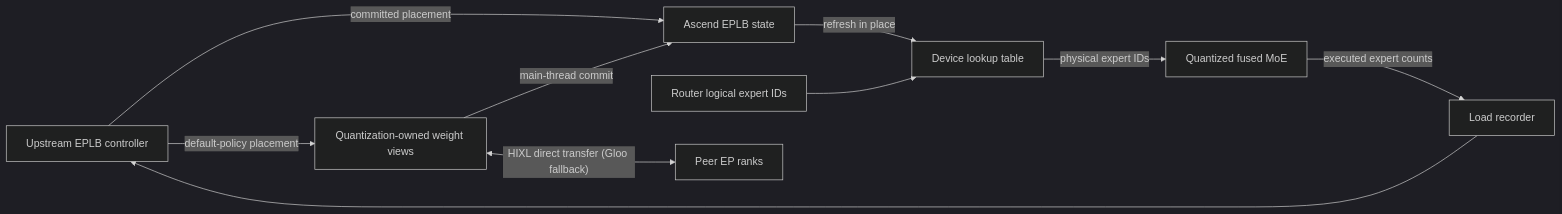
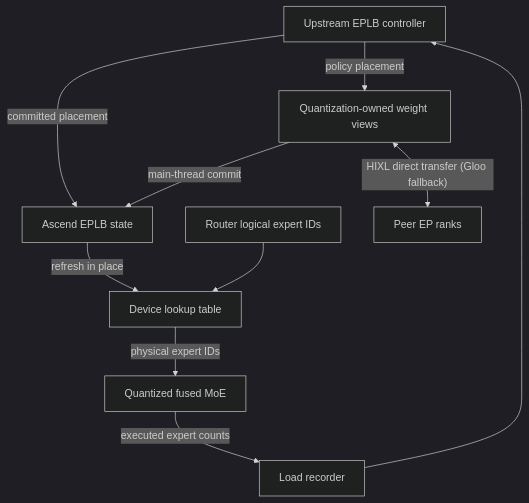
The diagram in docs/source/developer_guide/Design_Documents/model_runner_v2_eplb.md (zzhx1/vllm-ascend), drawn with Mermaid (dark theme) before and after one commit. The commit also changed other lines of this file and 5 other files, not shown here.

````diff
--- a/docs/source/developer_guide/Design_Documents/model_runner_v2_eplb.md
+++ b/docs/source/developer_guide/Design_Documents/model_runner_v2_eplb.md
@@ -32,12 +32,12 @@
 ```mermaid
-flowchart LR
+flowchart TD
     A["Upstream EPLB controller"] -->|"committed placement"| B["Ascend EPLB state"]
     B -->|"refresh in place"| C["Device lookup table"]
     D["Router logical expert IDs"] --> C
     C -->|"physical expert IDs"| E["Quantized fused MoE"]
     E -->|"executed expert counts"| F["Load recorder"]
     F --> A
-    A -->|"default-policy placement"| G["Quantization-owned weight views"]
+    A -->|"policy placement"| G["Quantization-owned weight views"]
     G <-->|"HIXL direct transfer (Gloo fallback)"| H["Peer EP ranks"]
     G -->|"main-thread commit"| B
 ```
````
